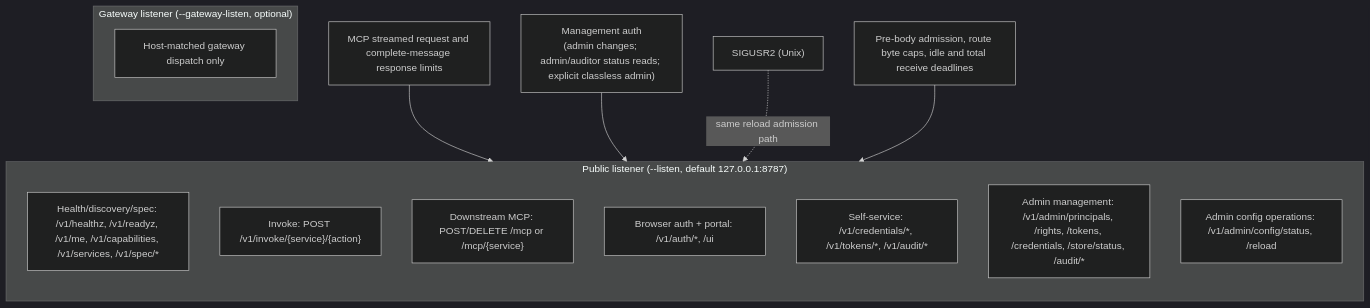
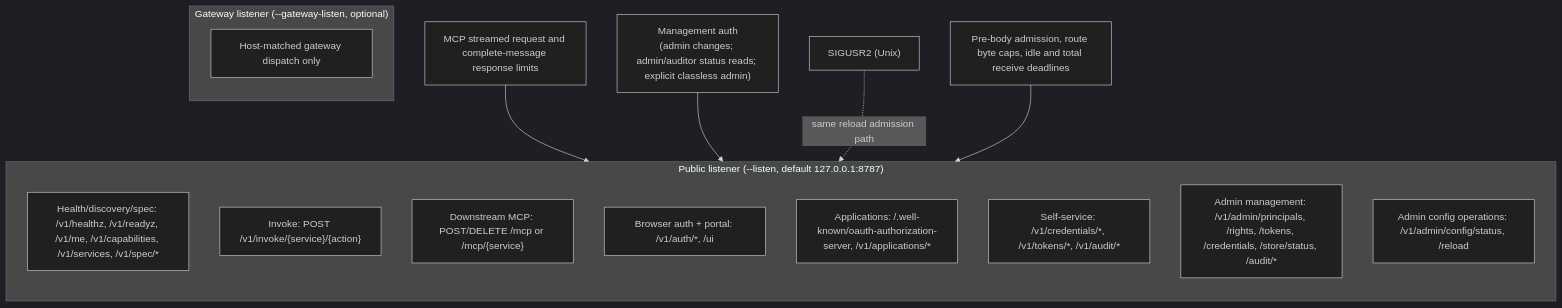
One commit to kcosr/agent-access-broker changed the first of 3 diagrams in docs/http-api.md. Above: the diagram before and after it, drawn with Mermaid (dark theme). The commit also changed other lines of this file and 15 other files, not shown here.

````diff
--- a/docs/http-api.md
+++ b/docs/http-api.md
@@ -29,21 +29,22 @@
 ```mermaid
 flowchart TB
     subgraph Public["Public listener (--listen, default 127.0.0.1:8787)"]
         direction TB
         H["Health/discovery/spec: /v1/healthz, /v1/readyz, /v1/me, /v1/capabilities, /v1/services, /v1/spec/*"]
         I["Invoke: POST /v1/invoke/{service}/{action}"]
         M["Downstream MCP: POST/DELETE /mcp or /mcp/{service}"]
         B["Browser auth + portal: /v1/auth/*, /ui"]
+        O["Applications: /.well-known/oauth-authorization-server, /v1/applications/*"]
         S["Self-service: /v1/credentials/*, /v1/tokens/*, /v1/audit/*"]
         A["Admin management: /v1/admin/principals, /rights, /tokens, /credentials, /store/status, /audit/*"]
         C["Admin config operations: /v1/admin/config/status, /reload"]
     end
     BodyCap["Pre-body admission, route byte caps, idle and total receive deadlines"] --> Public
     McpCap["MCP streamed request and complete-message response limits"] --> M
     AdminAuth["Management auth\n(admin changes; admin/auditor status reads; explicit classless admin)"] --> C
     Sig["SIGUSR2 (Unix)"] -. same reload admission path .-> C
     subgraph Gateway["Gateway listener (--gateway-listen, optional)"]
         direction TB
         G["Host-matched gateway dispatch only"]
     end
 ```
````
